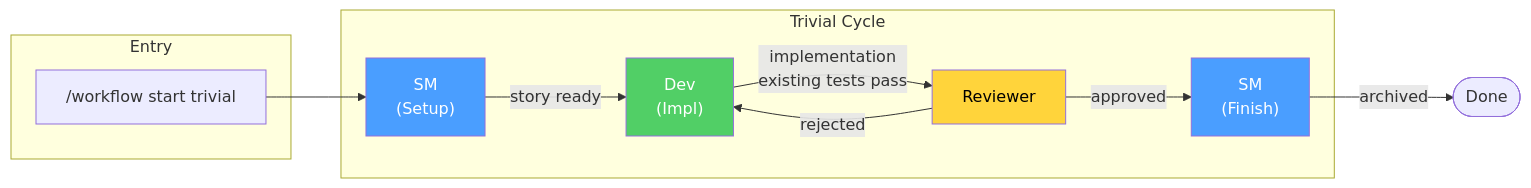
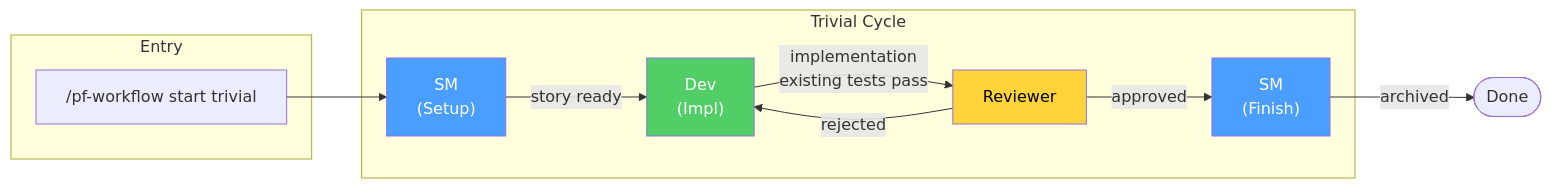
One commit to slabgorb/pennyfarthing changed the fourth of 10 diagrams in docs/BIKELANE-DIAGRAMS.md. Above: the diagram before and after it, drawn with Mermaid. The commit also changed other lines of this file and 57 other files, not shown here.

````diff
--- a/docs/BIKELANE-DIAGRAMS.md
+++ b/docs/BIKELANE-DIAGRAMS.md
@@ -169,25 +169,25 @@
 ```mermaid
 flowchart LR
     subgraph Entry
-        NW["/workflow start trivial"]
+        NW["/pf-workflow start trivial"]
     end
 
     subgraph "Trivial Cycle"
         SM1["SM<br/>(Setup)"]
         DEV["Dev<br/>(Impl)"]
         REV["Reviewer"]
         SM2["SM<br/>(Finish)"]
     end
 
     NW --> SM1
     SM1 -->|"story ready"| DEV
     DEV -->|"implementation<br/>existing tests pass"| REV
     REV -->|"approved"| SM2
     REV -->|"rejected"| DEV
     SM2 -->|"archived"| Done([Done])
 
     style SM1 fill:#4a9eff,color:white
     style SM2 fill:#4a9eff,color:white
     style DEV fill:#51cf66,color:white
     style REV fill:#ffd43b,color:black
 ```
````
